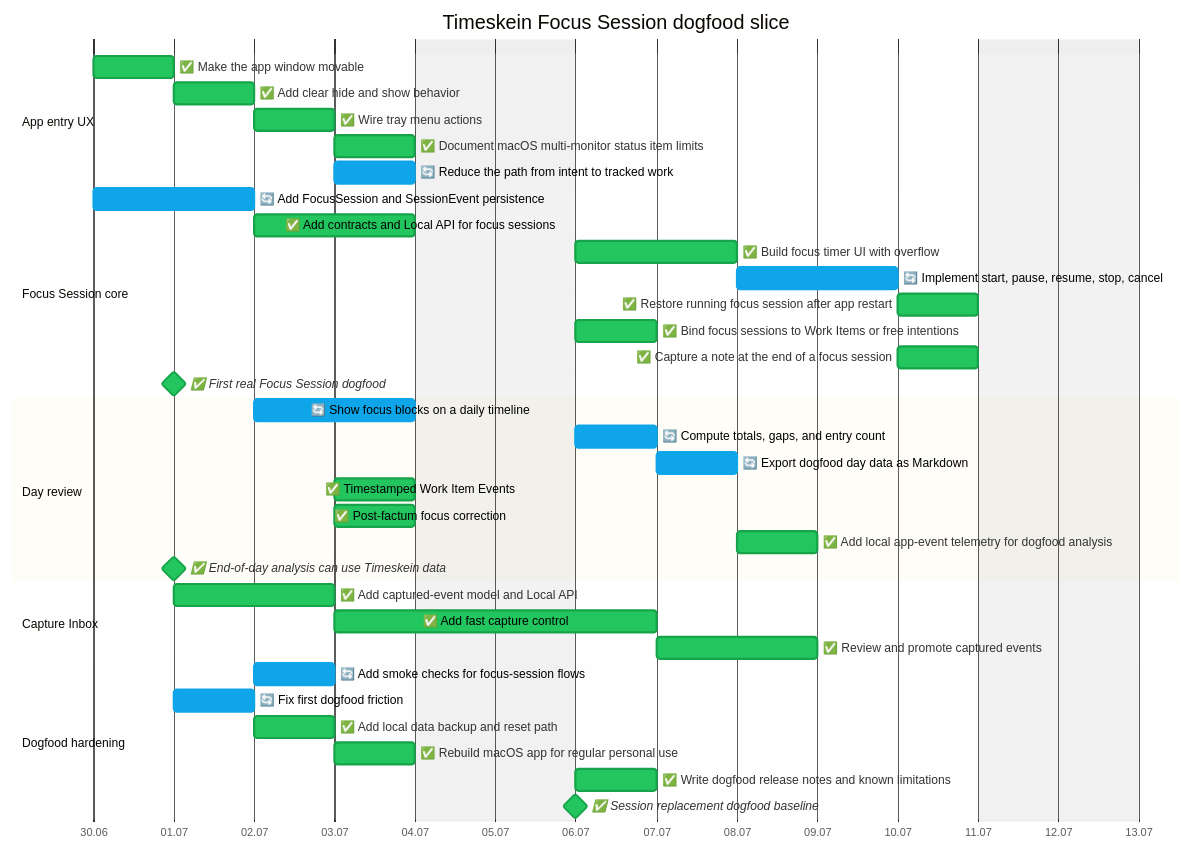
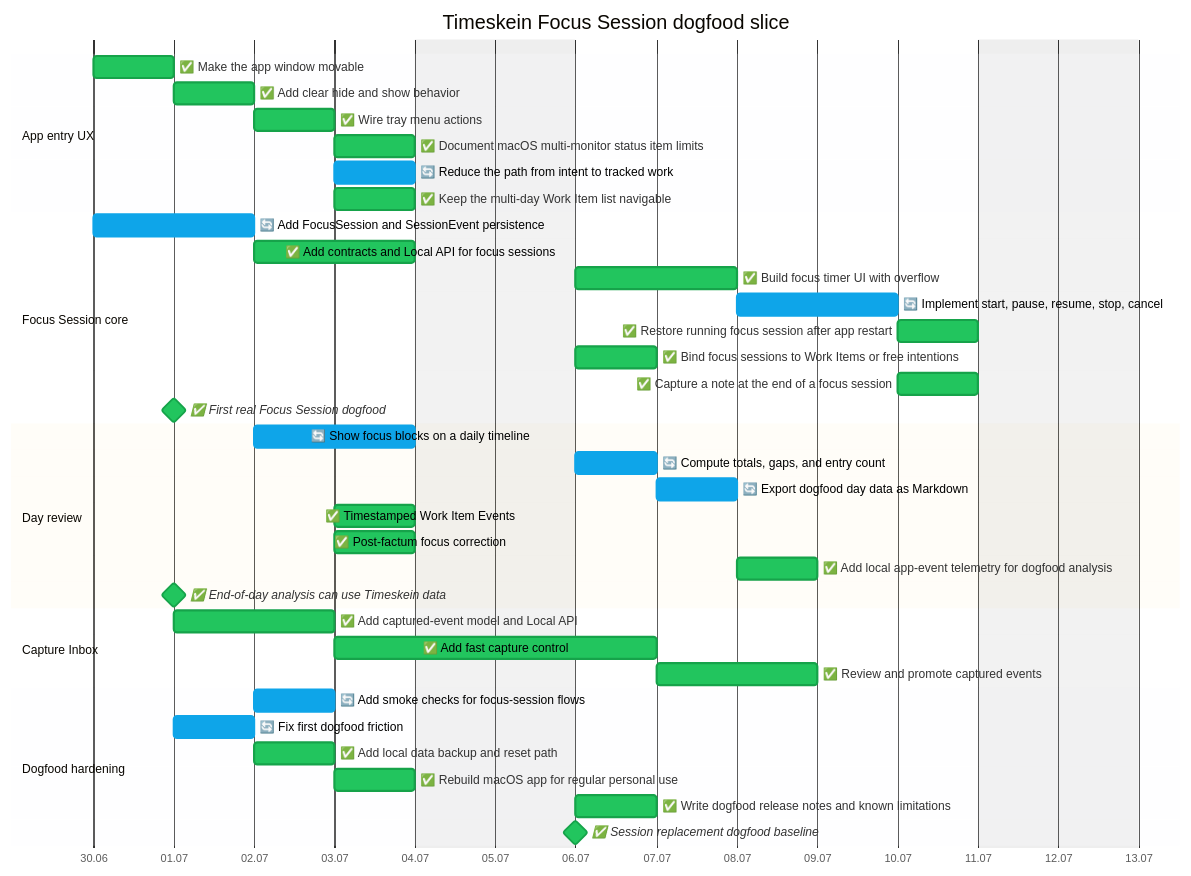
Before and after one commit to asukhodko/timeskein: the second of 2 diagrams in docs/roadmap/opskarta.md, drawn with Mermaid. The commit also changed other lines of this file and 8 other files, not shown here.

Commit message:
Add work item list modes

````diff
--- a/docs/roadmap/opskarta.md
+++ b/docs/roadmap/opskarta.md
@@ -64,44 +64,45 @@
 ```mermaid
 %%{init: {"theme": "base", "themeVariables": {"taskBkgColor": "#9ca3af", "taskBorderColor": "#4b5563", "taskTextColor": "#000000", "taskTextDarkColor": "#000000", "taskTextLightColor": "#000000", "activeTaskBkgColor": "#0ea5e9", "activeTaskBorderColor": "#0ea5e9", "doneTaskBkgColor": "#22c55e", "doneTaskBorderColor": "#16a34a", "critBkgColor": "#fecaca", "critBorderColor": "#fecaca", "todayLineColor": "#ef4444"}} }%%
 
 gantt
     title Timeskein Focus Session dogfood slice
     dateFormat YYYY-MM-DD
     axisFormat %d.%m
     excludes weekends
 
     section App entry UX
     ✅ Make the app window movable  :done, ts_ux_entry_window_drag,    2026-06-30, 1d
     ✅ Add clear hide and show behavior  :done, ts_ux_entry_hide_toggle,    2026-07-01, 1d
     ✅ Wire tray menu actions  :done, ts_ux_entry_tray_actions,    2026-07-02, 1d
     ✅ Document macOS multi-monitor status item limits  :done, ts_ux_entry_monitor_policy,    2026-07-03, 1d
     🔄 Reduce the path from intent to tracked work  :active, ts_ux_entry_fast_track_flow,    2026-07-03, 1d
+    ✅ Keep the multi-day Work Item list navigable  :done, ts_ux_entry_inventory_modes,    2026-07-03, 1d
     section Focus Session core
     🔄 Add FocusSession and SessionEvent persistence  :active, ts_focus_core_model_migrations,    2026-06-30, 2d
     ✅ Add contracts and Local API for focus sessions  :done, ts_focus_core_contracts_api,    2026-07-02, 2d
     ✅ Build focus timer UI with overflow  :done, ts_focus_core_timer_ui,    2026-07-06, 2d
     🔄 Implement start, pause, resume, stop, cancel  :active, ts_focus_core_session_lifecycle,    2026-07-08, 2d
     ✅ Restore running focus session after app restart  :done, ts_focus_core_restart_restore,    2026-07-10, 1d
     ✅ Bind focus sessions to Work Items or free intentions  :done, ts_focus_core_work_item_binding,    2026-07-06, 1d
     ✅ Capture a note at the end of a focus session  :done, ts_focus_core_session_notes,    2026-07-10, 1d
     ✅ First real Focus Session dogfood  :milestone, done, ts_focus_core_dogfood_gate,    2026-07-01, 0d
     section Day review
     🔄 Show focus blocks on a daily timeline  :active, ts_day_review_timeline,    2026-07-02, 2d
     🔄 Compute totals, gaps, and entry count  :active, ts_day_review_totals_gaps,    2026-07-06, 1d
     🔄 Export dogfood day data as Markdown  :active, ts_day_review_export,    2026-07-07, 1d
     ✅ Timestamped Work Item Events  :done, ts_day_review_work_item_events,    2026-07-03, 1d
     ✅ Post-factum focus correction  :done, ts_day_review_corrections,    2026-07-03, 1d
     ✅ Add local app-event telemetry for dogfood analysis  :done, ts_day_review_app_telemetry,    2026-07-08, 1d
     ✅ End-of-day analysis can use Timeskein data  :milestone, done, ts_day_review_analysis_gate,    2026-07-01, 0d
     section Capture Inbox
     ✅ Add captured-event model and Local API  :done, ts_capture_model_api,    2026-07-01, 2d
     ✅ Add fast capture control  :done, ts_capture_quick_ui,    2026-07-03, 2d
     ✅ Review and promote captured events  :done, ts_capture_review_flow,    2026-07-07, 2d
     section Dogfood hardening
     🔄 Add smoke checks for focus-session flows  :active, ts_hardening_smoke,    2026-07-02, 1d
     🔄 Fix first dogfood friction  :active, ts_hardening_post_dogfood_friction,    2026-07-01, 1d
     ✅ Add local data backup and reset path  :done, ts_hardening_backup_reset,    2026-07-02, 1d
     ✅ Rebuild macOS app for regular personal use  :done, ts_hardening_package_app,    2026-07-03, 1d
     ✅ Write dogfood release notes and known limitations  :done, ts_hardening_release_notes,    2026-07-06, 1d
     ✅ Session replacement dogfood baseline  :milestone, done, ts_hardening_dogfood_release,    2026-07-06, 0d
 ```
````
